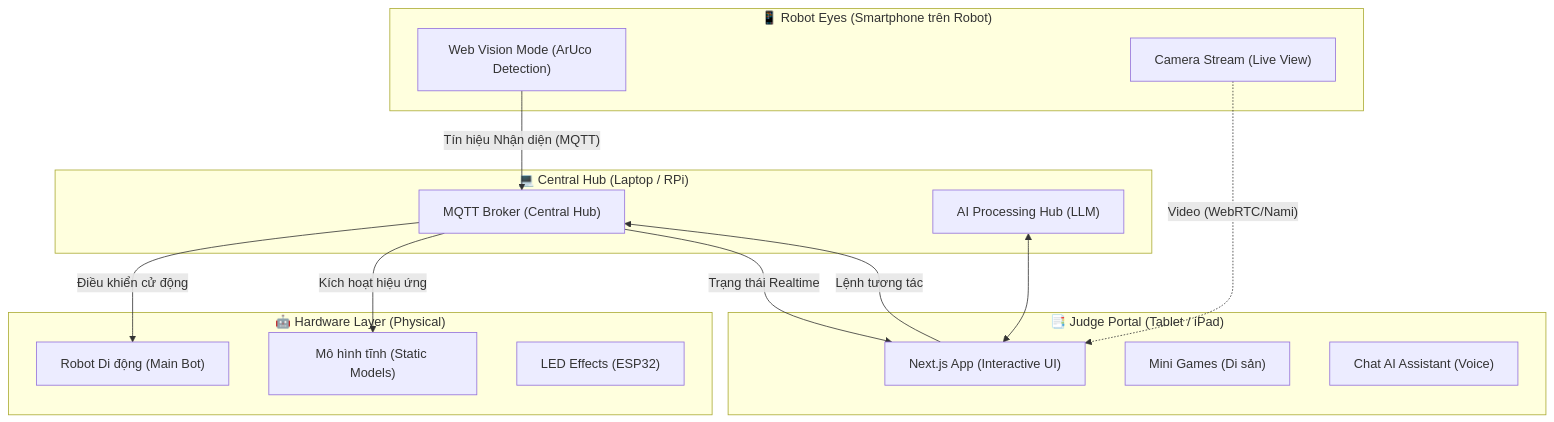
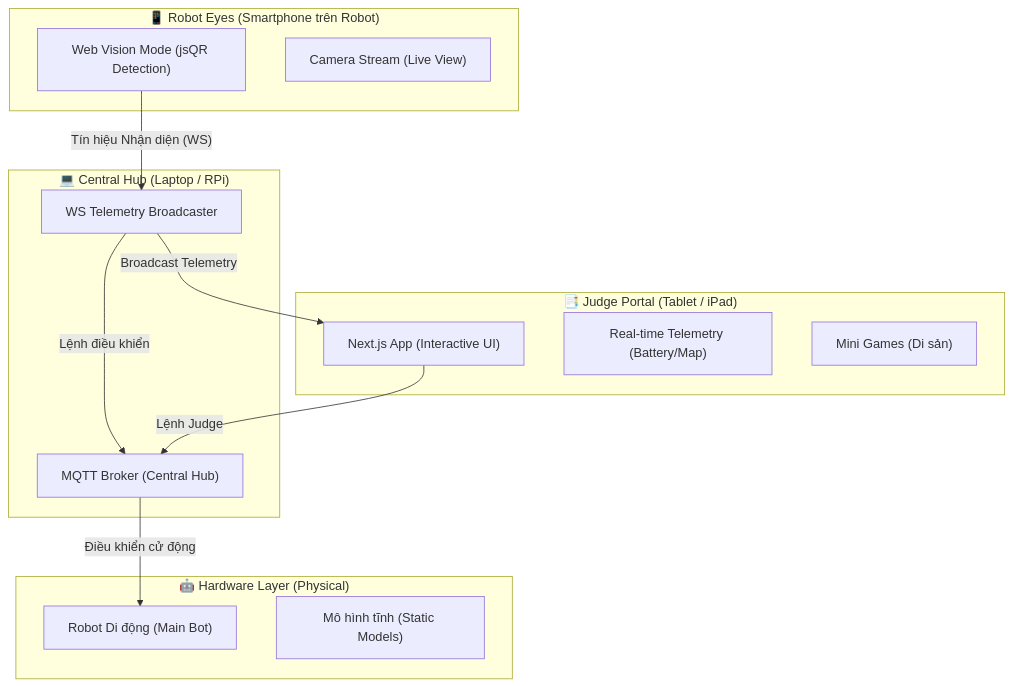
The diagram in .antigravity/ARCHITECTURE_OVERVIEW.md (quanpl86/2026wro-b4-gv), drawn with Mermaid before and after one commit. The commit also changed other lines of this file and 23 other files, not shown here.

````diff
--- a/.antigravity/ARCHITECTURE_OVERVIEW.md
+++ b/.antigravity/ARCHITECTURE_OVERVIEW.md
@@ -5,37 +5,34 @@
 ```mermaid
 graph TD
     %% Tầng Cảm biến (Robot Eyes)
     subgraph Eyes_Unit ["📱 Robot Eyes (Smartphone trên Robot)"]
-        VisionAI["Web Vision Mode (ArUco Detection)"]
+        VisionAI["Web Vision Mode (jsQR Detection)"]
         CamStream["Camera Stream (Live View)"]
     end
 
     %% Tầng Tương tác (Judge Portal)
     subgraph Portal_Unit ["📑 Judge Portal (Tablet / iPad)"]
         InteractUI["Next.js App (Interactive UI)"]
+        Telemetry["Real-time Telemetry (Battery/Map)"]
         MiniGames["Mini Games (Di sản)"]
-        AIAssistant["Chat AI Assistant (Voice)"]
     end
 
     %% Tầng Hub Trung tâm (Central Hub)
     subgraph Hub_Unit ["💻 Central Hub (Laptop / RPi)"]
         MQTT_Broker["MQTT Broker (Central Hub)"]
-        AIEngine["AI Processing Hub (LLM)"]
+        WSHub["WS Telemetry Broadcaster"]
     end
 
     %% Tầng Thực thi (Physical Robots)
     subgraph Hardware_Layer ["🤖 Hardware Layer (Physical)"]
         EV3_Robot["Robot Di động (Main Bot)"]
         EV3_Stations["Mô hình tĩnh (Static Models)"]
-        ESP32_Effects["LED Effects (ESP32)"]
     end
 
     %% Luồng dữ liệu
-    VisionAI -- "Tín hiệu Nhận diện (MQTT)" --> MQTT_Broker
-    InteractUI -- "Lệnh tương tác" --> MQTT_Broker
+    VisionAI -- "Tín hiệu Nhận diện (WS)" --> WSHub
+    WSHub -- "Lệnh điều khiển" --> MQTT_Broker
+    WSHub -- "Broadcast Telemetry" --> InteractUI
     MQTT_Broker -- "Điều khiển cử động" --> EV3_Robot
-    MQTT_Broker -- "Kích hoạt hiệu ứng" --> EV3_Stations
-    MQTT_Broker -- "Trạng thái Realtime" --> InteractUI
-    CamStream -. "Video (WebRTC/Nami)" .-> InteractUI
-    AIEngine <--> InteractUI
+    InteractUI -- "Lệnh Judge" --> MQTT_Broker
 ```
````
